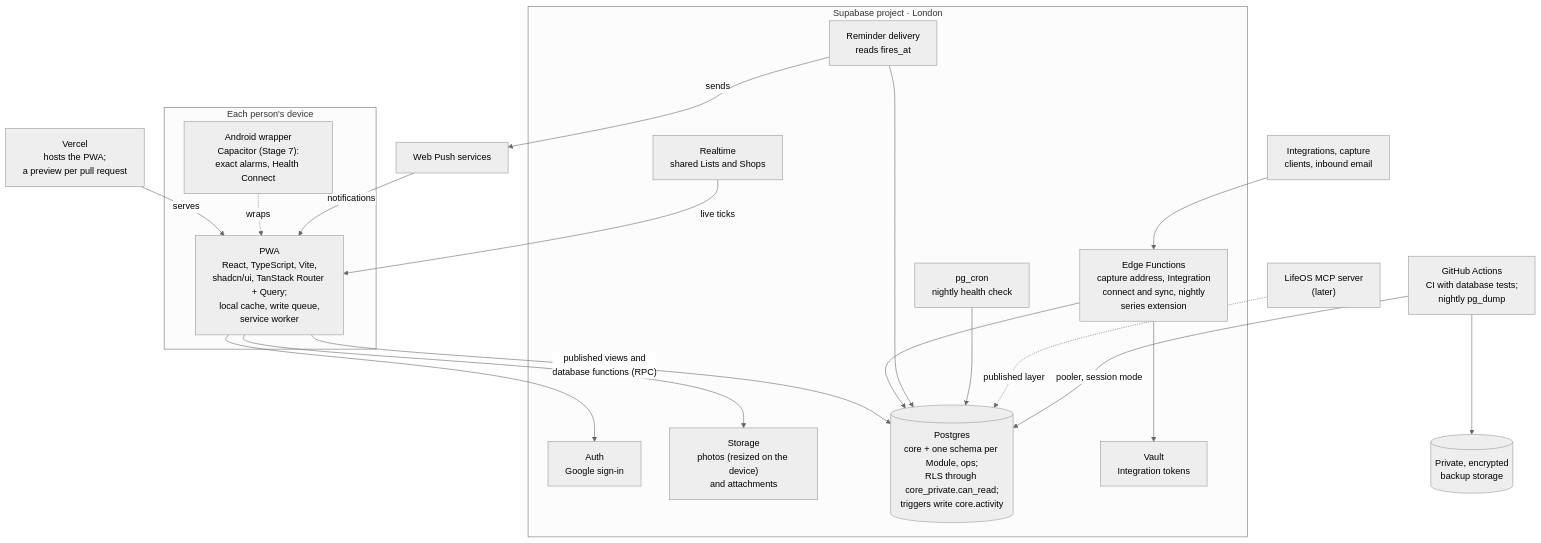
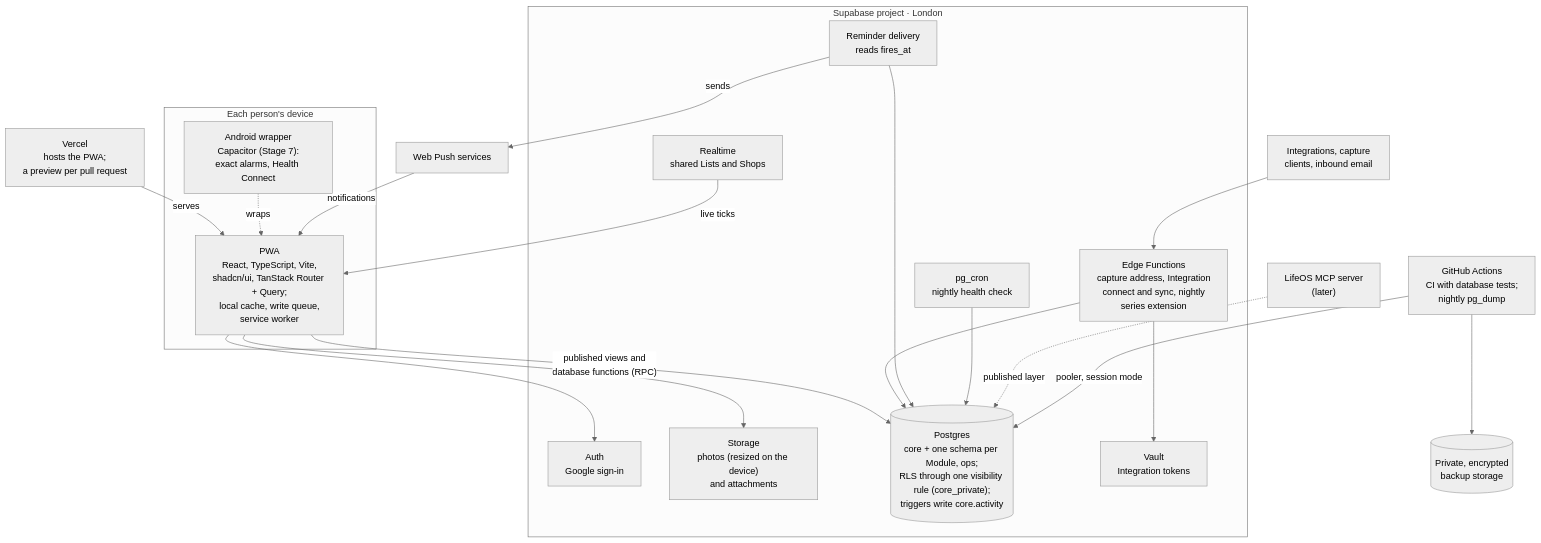
The second of 2 diagrams in docs/20-architecture/overview.md (joestables/lifeos), drawn with Mermaid (neutral theme) before and after one commit. The commit also changed 8 other files, not shown here.

First line of the commit message:
can_read benchmark: policies use the visibility rule as sets

````diff
--- a/docs/20-architecture/overview.md
+++ b/docs/20-architecture/overview.md
@@ -42,43 +42,43 @@
 ```mermaid
 flowchart TB
   vercel["Vercel<br/>hosts the PWA;<br/>a preview per pull request"]
   pushsvc["Web Push services"]
 
   subgraph device["Each person's device"]
     pwa["PWA<br/>React, TypeScript, Vite,<br/>shadcn/ui, TanStack Router + Query;<br/>local cache, write queue,<br/>service worker"]
     android["Android wrapper<br/>Capacitor (Stage 7):<br/>exact alarms, Health Connect"]
   end
 
   subgraph supabase["Supabase project · London"]
     auth["Auth<br/>Google sign-in"]
     storage["Storage<br/>photos (resized on the device)<br/>and attachments"]
     realtime["Realtime<br/>shared Lists and Shops"]
-    db[("Postgres<br/>core + one schema per Module, ops;<br/>RLS through core_private.can_read;<br/>triggers write core.activity")]
+    db[("Postgres<br/>core + one schema per Module, ops;<br/>RLS through one visibility rule (core_private);<br/>triggers write core.activity")]
     edge["Edge Functions<br/>capture address, Integration<br/>connect and sync, nightly<br/>series extension"]
     reminders["Reminder delivery<br/>reads fires_at"]
     cron["pg_cron<br/>nightly health check"]
     vault["Vault<br/>Integration tokens"]
   end
 
   outside["Integrations, capture<br/>clients, inbound email"]
   mcp["LifeOS MCP server<br/>(later)"]
   gha["GitHub Actions<br/>CI with database tests;<br/>nightly pg_dump"]
   backup[("Private, encrypted<br/>backup storage")]
 
   vercel -- "serves" --> pwa
   android -. "wraps" .-> pwa
   pushsvc -- "notifications" --> pwa
   pwa --> auth
   pwa --> storage
   realtime -- "live ticks" --> pwa
   pwa -- "published views and<br/>database functions (RPC)" --> db
   edge --> db
   edge --> vault
   reminders --> db
   reminders -- "sends" --> pushsvc
   cron --> db
   outside --> edge
   mcp -. "published layer" .-> db
   gha -- "pooler, session mode" --> db
   gha --> backup
 ```
````
